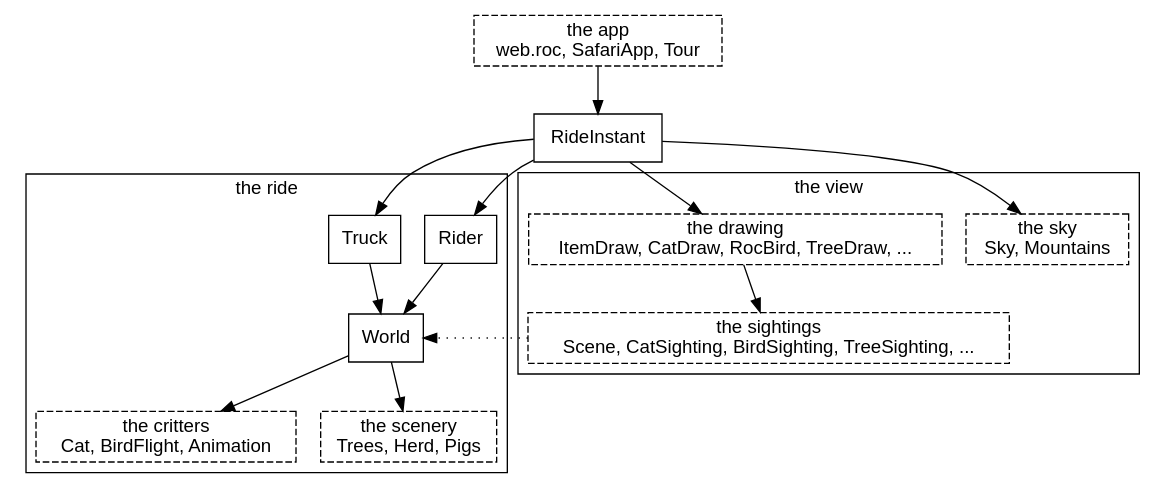
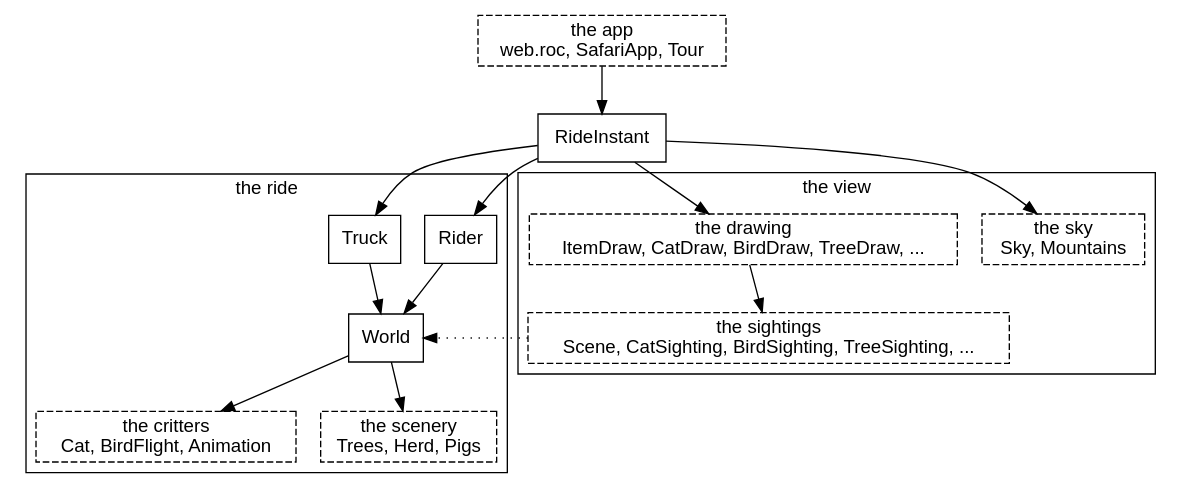
Before and after one commit to showell/roc-apps: the second of 19 diagrams in canvas_apps/safari/tutorial/tutorial.md, drawn with Graphviz. The commit also changed other lines of this file and 7 other files, not shown here.

First line of the commit message:
safari: RocBird becomes BirdDraw

````diff
--- a/canvas_apps/safari/tutorial/tutorial.md
+++ b/canvas_apps/safari/tutorial/tutorial.md
@@ -84,30 +84,30 @@
 ```dot
 digraph system {
   node [shape=box, fontname="Helvetica"];
   fontname="Helvetica";
   app [label="the app\nweb.roc, SafariApp, Tour", style=dashed];
   subgraph cluster_ride {
     label="the ride";
     Rider; Truck; World;
     critters [label="the critters\nCat, BirdFlight, Animation", style=dashed];
     scenery [label="the scenery\nTrees, Herd, Pigs", style=dashed];
   }
   subgraph cluster_view {
     label="the view";
     sky [label="the sky\nSky, Mountains", style=dashed];
-    drawing [label="the drawing\nItemDraw, CatDraw, RocBird, TreeDraw, ...", style=dashed];
+    drawing [label="the drawing\nItemDraw, CatDraw, BirdDraw, TreeDraw, ...", style=dashed];
     sightings [label="the sightings\nScene, CatSighting, BirdSighting, TreeSighting, ...", style=dashed];
   }
   app -> RideInstant;
   RideInstant -> Rider;
   RideInstant -> Truck;
   Rider -> World;
   Truck -> World;
   World -> critters;
   World -> scenery;
   RideInstant -> sky;
   RideInstant -> drawing;
   drawing -> sightings;
   sightings -> World [style=dotted, constraint=false];
 }
 ```
````
